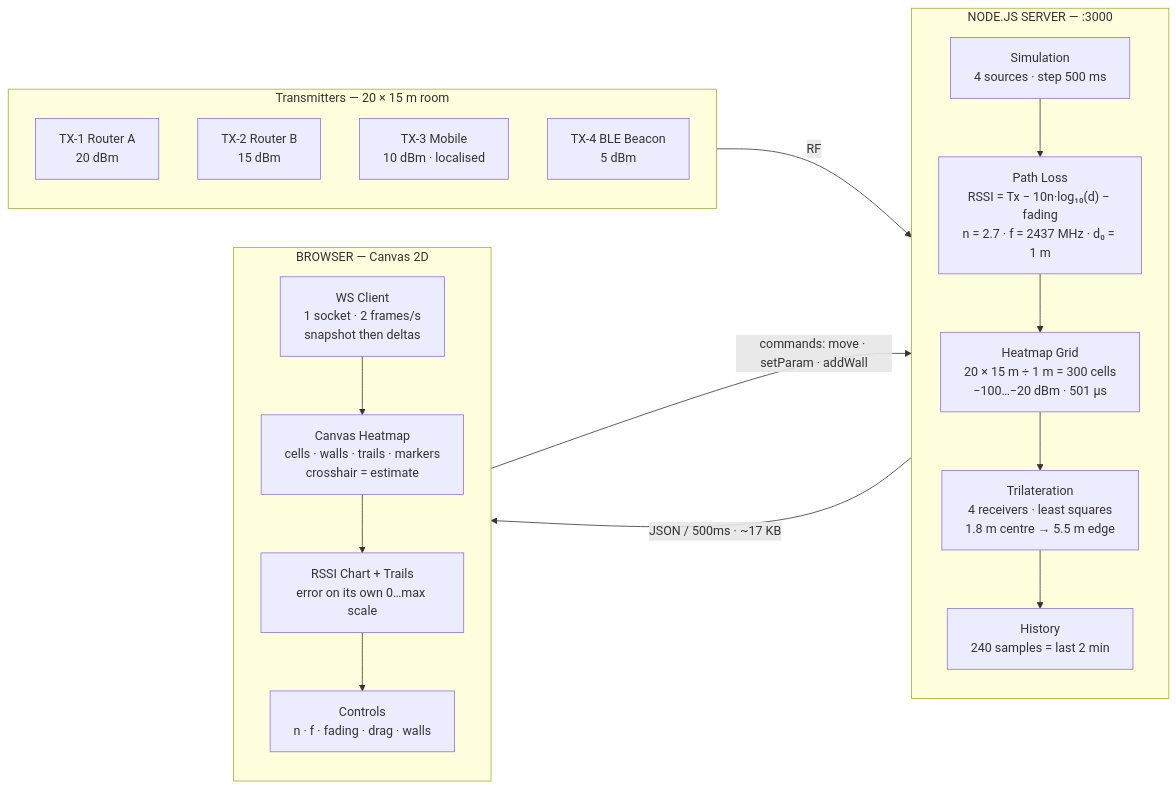
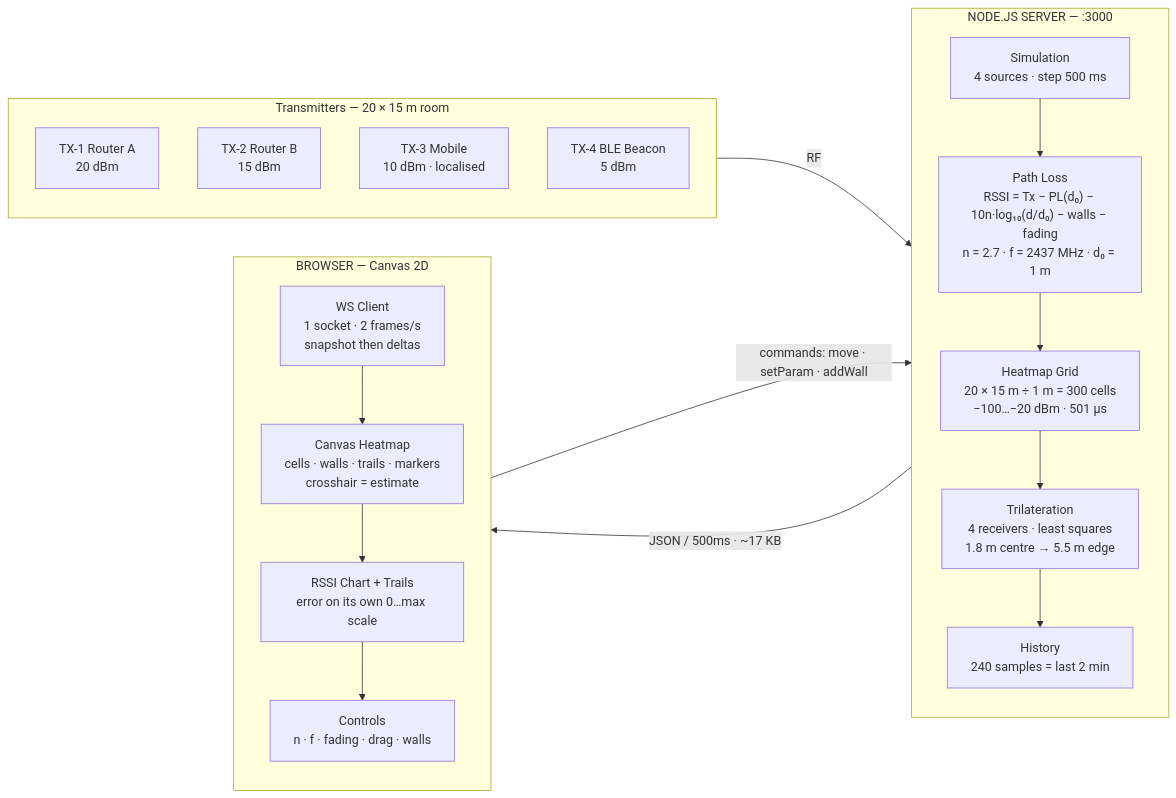
The diagram in README.md (0xsan7/spectrum-mapper), drawn with Mermaid before and after one commit. The commit also changed 2 other files, not shown here.

Commit message:
docs: correct the path-loss formula to the order the code uses
The diagram, the Mermaid fallback and the model prose all stated

  RSSI = Tx - 10n*log10(d) - fading

which is wrong in three ways: the reference loss PL(d0) was missing, the
distance term was not normalised by d0, and wall attenuation - which the
simulator actually applies via src/obstacles.js - was absent. The footer
showed the terms in a different order from the block label.

Now all three state the same expression:

  RSSI = Tx - PL(d0) - 10n*log10(d/d0) - walls - fading

The old check only looked for the prefix 'RSSI = Tx - 10n', which matched the
broken formula and would also have matched one with the terms in the wrong
order. It now normalises the typography and requires every 'RSSI ='
expression in the diagram to match - both copies - and checks the Mermaid
fallback and prose against the same pattern. Confirmed red for the old
formula, a dropped walls term, and reordered terms.

The block label needed a smaller font to fit the longer expression in its
panel; verified with the same overflow check used for the original artwork.

````diff
--- a/README.md
+++ b/README.md
@@ -162,34 +162,34 @@
 ```mermaid
 flowchart LR
   subgraph TX["Transmitters — 20 × 15 m room"]
     direction TB
     T1["TX-1 Router A<br/>20 dBm"]
     T2["TX-2 Router B<br/>15 dBm"]
     T3["TX-3 Mobile<br/>10 dBm · localised"]
     T4["TX-4 BLE Beacon<br/>5 dBm"]
   end
 
   subgraph S["NODE.JS SERVER — :3000"]
     direction TB
     S1["Simulation<br/>4 sources · step 500 ms"]
-    S2["Path Loss<br/>RSSI = Tx − 10n·log₁₀(d) − fading<br/>n = 2.7 · f = 2437 MHz · d₀ = 1 m"]
+    S2["Path Loss<br/>RSSI = Tx − PL(d₀) − 10n·log₁₀(d/d₀) − walls − fading<br/>n = 2.7 · f = 2437 MHz · d₀ = 1 m"]
     S3["Heatmap Grid<br/>20 × 15 m ÷ 1 m = 300 cells<br/>−100…−20 dBm · 501 µs"]
     S4["Trilateration<br/>4 receivers · least squares<br/>1.8 m centre → 5.5 m edge"]
     S5["History<br/>240 samples = last 2 min"]
     S1 --> S2 --> S3 --> S4
   end
 
   subgraph B["BROWSER — Canvas 2D"]
     direction TB
     B1["WS Client<br/>1 socket · 2 frames/s<br/>snapshot then deltas"]
     B2["Canvas Heatmap<br/>cells · walls · trails · markers<br/>crosshair = estimate"]
     B3["RSSI Chart + Trails<br/>error on its own 0…max scale"]
     B4["Controls<br/>n · f · fading · drag · walls"]
     B1 --> B2 --> B3 --> B4
   end
 
   TX -- "RF" --> S2
   S3 -- "JSON / 500ms · ~17 KB" --> B1
   B4 -- "commands: move · setParam · addWall" --> S1
   S4 --> S5
 ```
````
